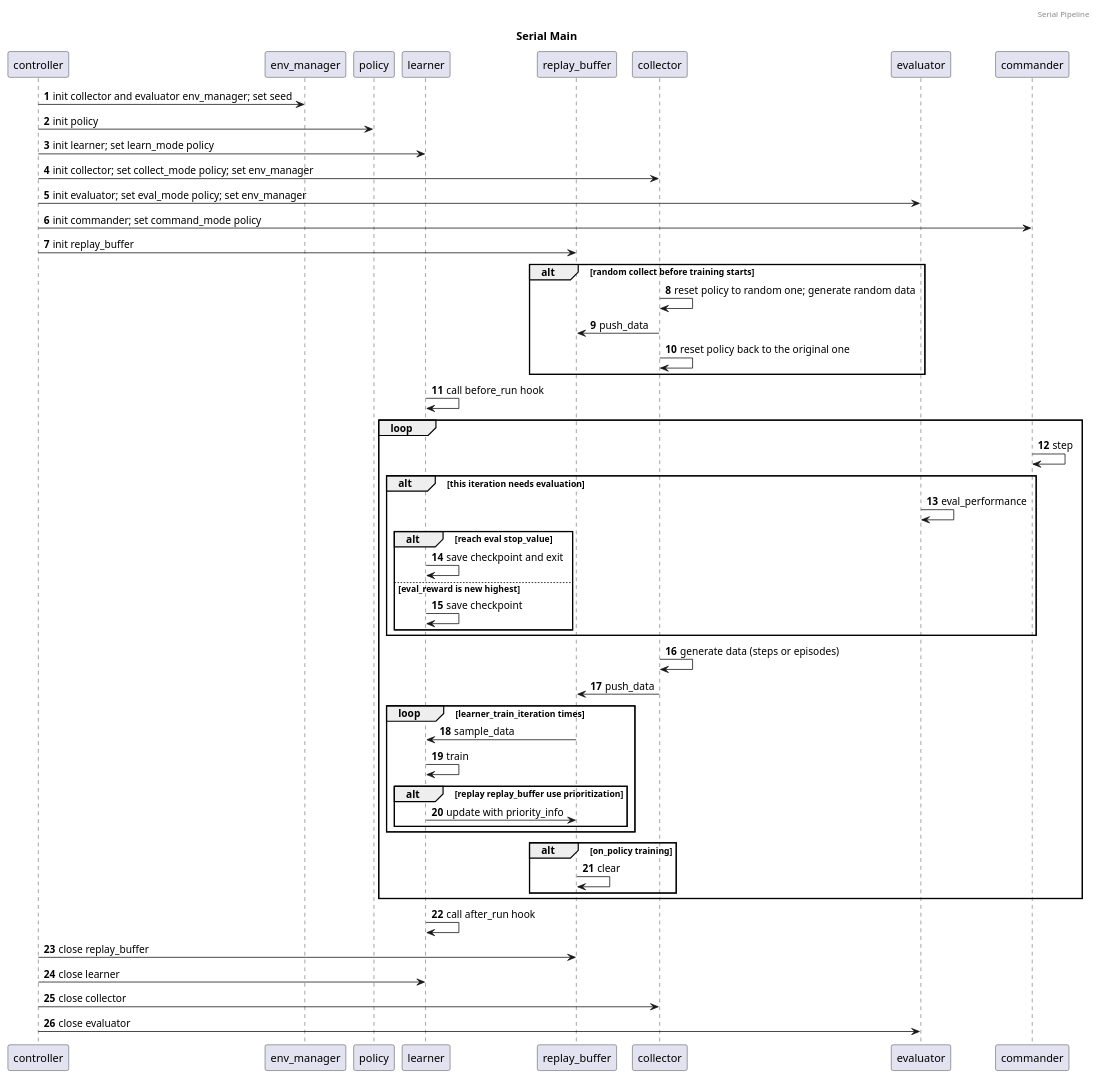
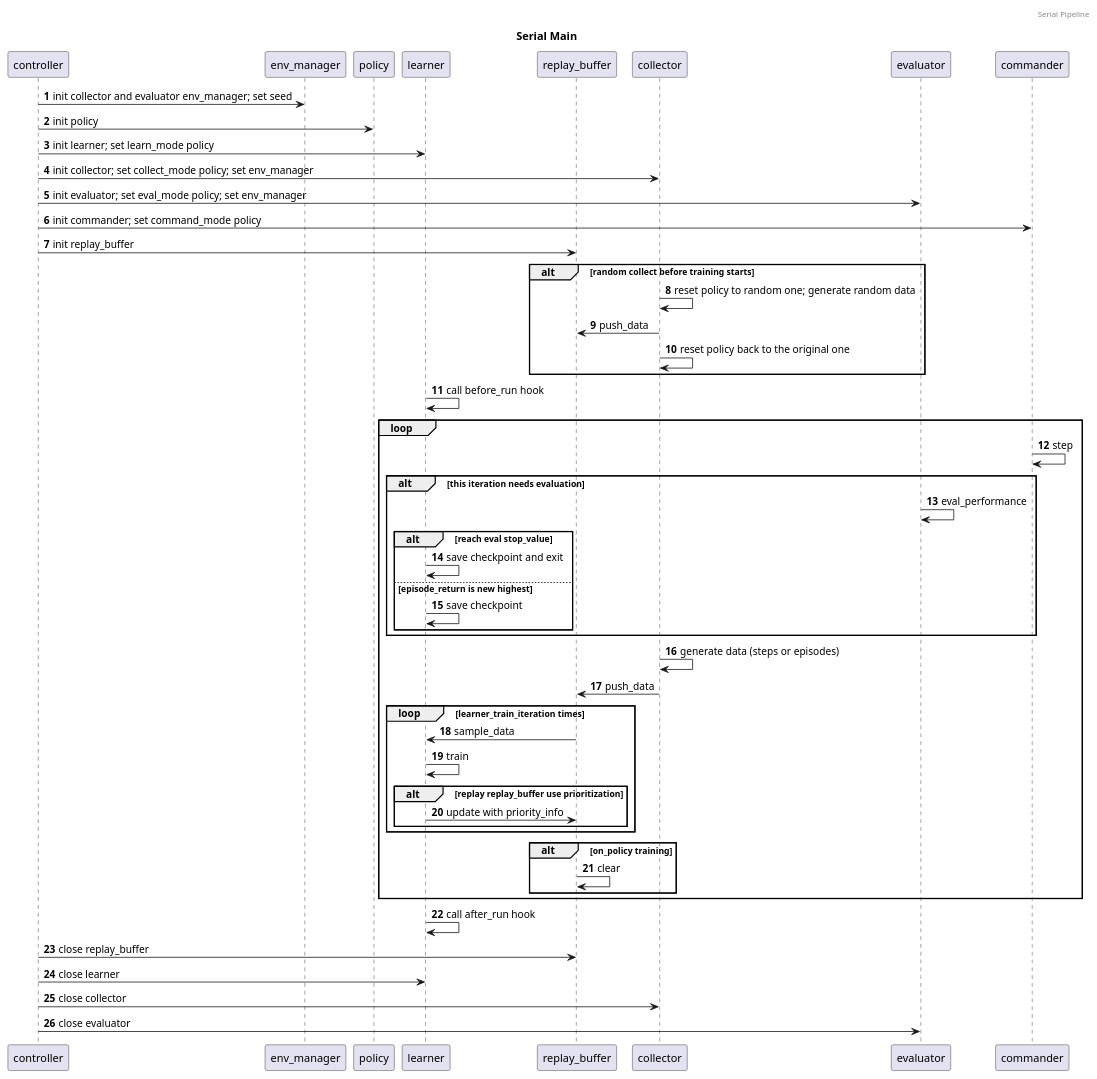
One commit to opendilab/DI-engine changed the diagram in ding/design/serial_main.puml. Above: the diagram before and after it, drawn with PlantUML. The commit also changed 14 other files, not shown here.

```diff
--- a/ding/design/serial_main.puml
+++ b/ding/design/serial_main.puml
@@ -1,56 +1,56 @@
 @startuml serial_main
 header Serial Pipeline
 title Serial Main
 
 participant controller
 participant env_manager
 participant policy
 participant learner
 participant replay_buffer
 participant collector
 participant evaluator
 participant commander
 autonumber
 
 controller -> env_manager: init collector and evaluator env_manager; set seed
 controller -> policy: init policy
 controller -> learner: init learner; set learn_mode policy
 controller -> collector: init collector; set collect_mode policy; set env_manager
 controller -> evaluator: init evaluator; set eval_mode policy; set env_manager
 controller -> commander: init commander; set command_mode policy
 controller -> replay_buffer: init replay_buffer
 alt random collect before training starts
   collector -> collector: reset policy to random one; generate random data
   collector -> replay_buffer: push_data
   collector -> collector: reset policy back to the original one
 end
 learner -> learner: call before_run hook
 loop
   commander -> commander: step
   alt this iteration needs evaluation
     evaluator -> evaluator: eval_performance
     alt reach eval stop_value
       learner -> learner: save checkpoint and exit
-    else eval_reward is new highest
+    else episode_return is new highest
       learner -> learner: save checkpoint
     end
   end
   collector -> collector: generate data (steps or episodes)
   collector -> replay_buffer: push_data
   loop learner_train_iteration times
     replay_buffer -> learner: sample_data
     learner -> learner: train
     alt replay replay_buffer use prioritization
       learner -> replay_buffer: update with priority_info
     end
   end
   alt on_policy training
     replay_buffer -> replay_buffer: clear
   end
 end
 learner -> learner: call after_run hook
 controller -> replay_buffer: close replay_buffer
 controller -> learner: close learner
 controller -> collector: close collector
 controller -> evaluator: close evaluator
 @enduml
```
